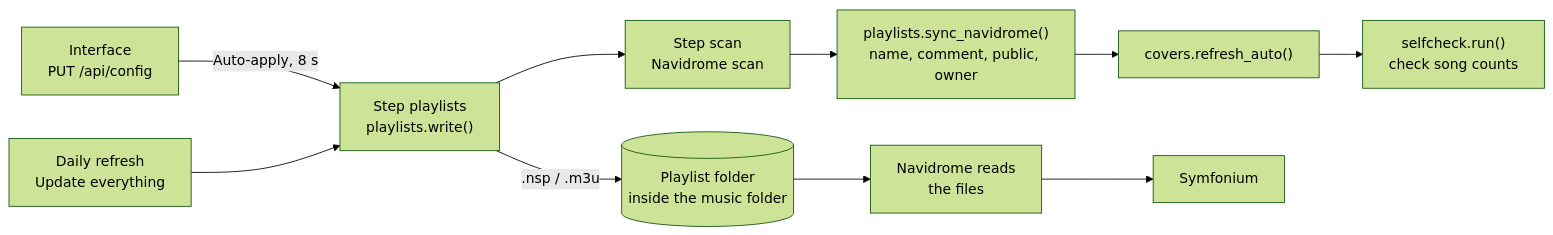
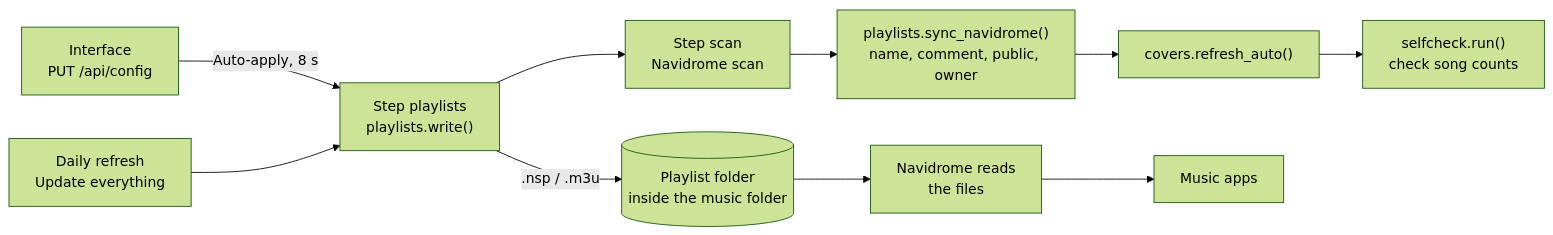
The diagram in docs/04-playlists.md (seluce/Tuttiphon), drawn with Mermaid (forest theme) before and after one commit. The commit also changed other lines of this file and 190 other files, not shown here.

````diff
--- a/docs/04-playlists.md
+++ b/docs/04-playlists.md
@@ -14,12 +14,12 @@
 ```mermaid
 flowchart LR
   UI["Interface<br>PUT /api/config"] -->|"Auto-apply, 8 s"| W
   D["Daily refresh<br>Update everything"] --> W
   W["Step playlists<br>playlists.write()"] -->|".nsp / .m3u"| F[("Playlist folder<br>inside the music folder")]
   W --> S["Step scan<br>Navidrome scan"]
   F --> N["Navidrome reads<br>the files"]
   S --> Y["playlists.sync_navidrome()<br>name, comment, public, owner"]
   Y --> C["covers.refresh_auto()"]
   C --> K["selfcheck.run()<br>check song counts"]
-  N --> SY["Symfonium"]
+  N --> SY["Music apps"]
 ```
````
